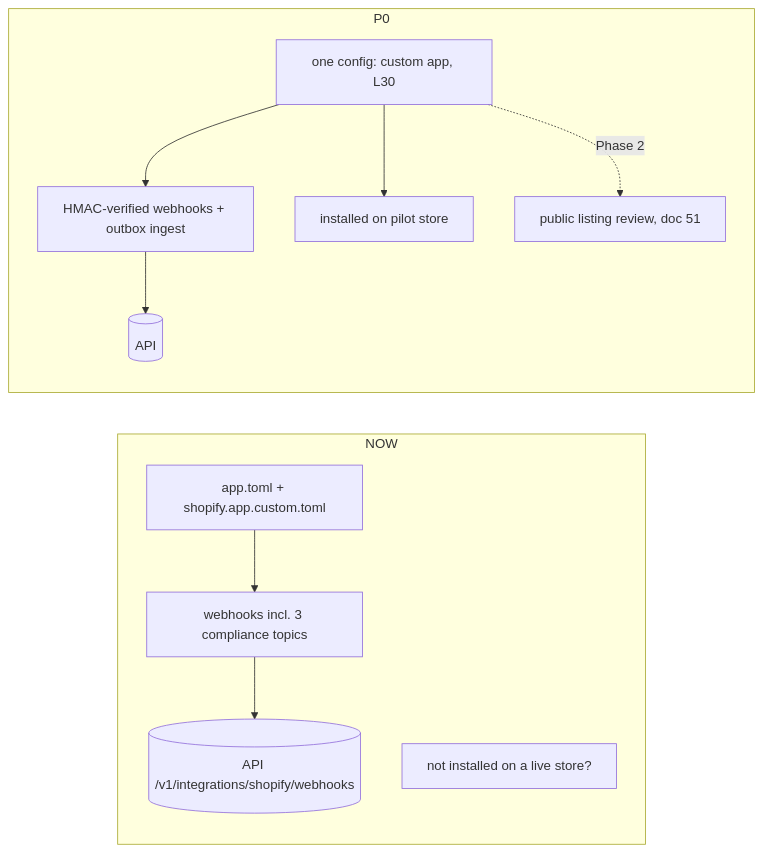
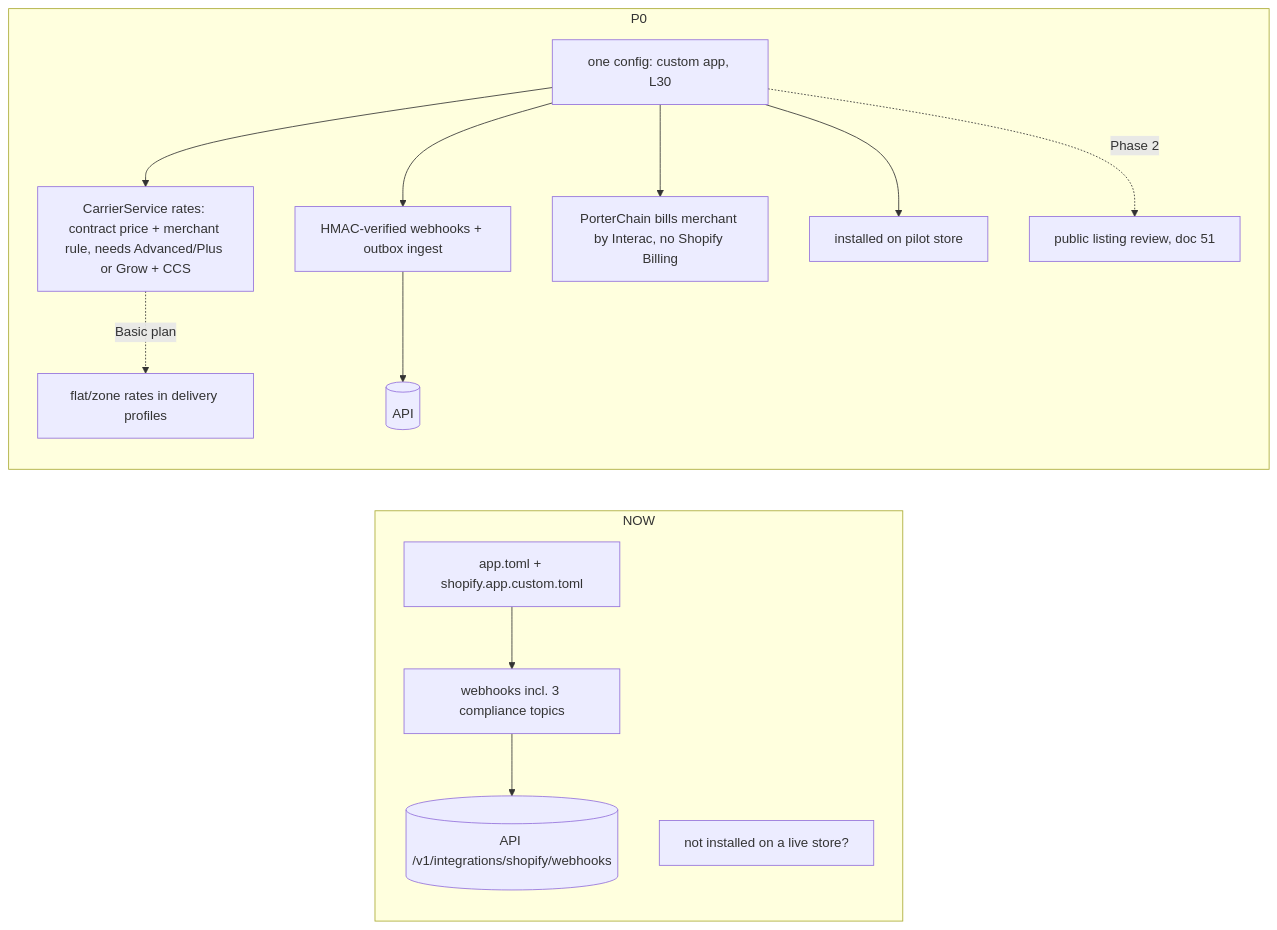
The third of 4 diagrams in docs/architecture/67_p0_apps.md (PORTERCHAIN-INC/PCD), drawn with Mermaid before and after one commit. The commit also changed other lines of this file and 8 other files, not shown here.

Commit message:
docs(architecture): L32 Phase 0 decisions, routing (Valhalla+VROOM, OSRM by benchmark), Shopify rates/billing

````diff
--- a/docs/architecture/67_p0_apps.md
+++ b/docs/architecture/67_p0_apps.md
@@ -46,14 +46,17 @@
 ```mermaid
 flowchart LR
   subgraph NOW
     T1[app.toml + shopify.app.custom.toml] --> W1[webhooks incl. 3 compliance topics]
     W1 --> API1[(API /v1/integrations/shopify/webhooks)]
     note1[not installed on a live store?]
   end
   subgraph P0
     T2[one config: custom app, L30] --> W2[HMAC-verified webhooks + outbox ingest]
+    T2 --> CS[CarrierService rates: contract price + merchant rule, needs Advanced/Plus or Grow + CCS]
+    CS -.Basic plan.-> DP[flat/zone rates in delivery profiles]
+    T2 --> INV[PorterChain bills merchant by Interac, no Shopify Billing]
     W2 --> API2[(API)]
     T2 --> PIL[installed on pilot store]
     T2 -.Phase 2.-> PUB[public listing review, doc 51]
   end
 ```
````
